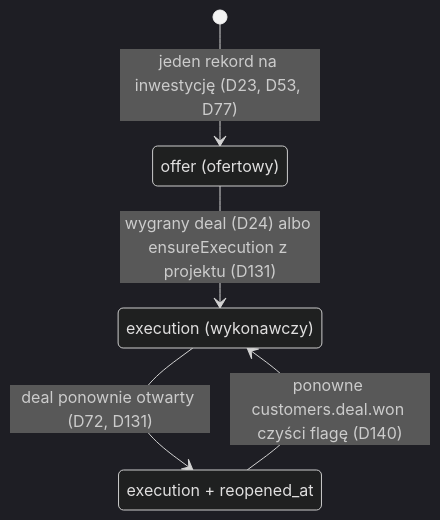
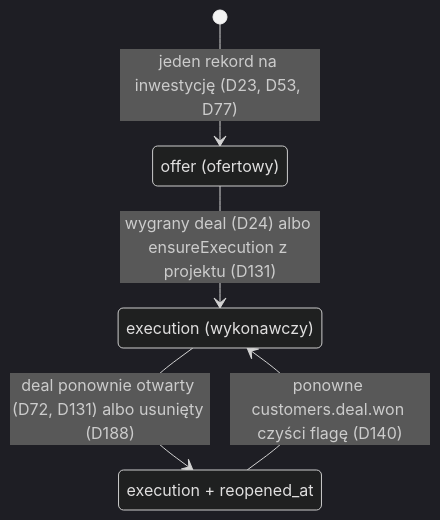
Before and after one commit to AdamskiMarek/open-mercato: the second of 4 diagrams in .ai/architecture.md, drawn with Mermaid (dark theme). The commit also changed other lines of this file and 6 other files, not shown here.

````diff
--- a/.ai/architecture.md
+++ b/.ai/architecture.md
@@ -46,10 +49,10 @@
 ```mermaid
 stateDiagram-v2
     state "offer (ofertowy)" as offer
     state "execution (wykonawczy)" as execution
     state "execution + reopened_at" as reopened
     [*] --> offer: jeden rekord na inwestycję (D23, D53, D77)
     offer --> execution: wygrany deal (D24) albo ensureExecution z projektu (D131)
-    execution --> reopened: deal ponownie otwarty (D72, D131)
+    execution --> reopened: deal ponownie otwarty (D72, D131) albo usunięty (D188)
     reopened --> execution: ponowne customers.deal.won czyści flagę (D140)
 ```
````
